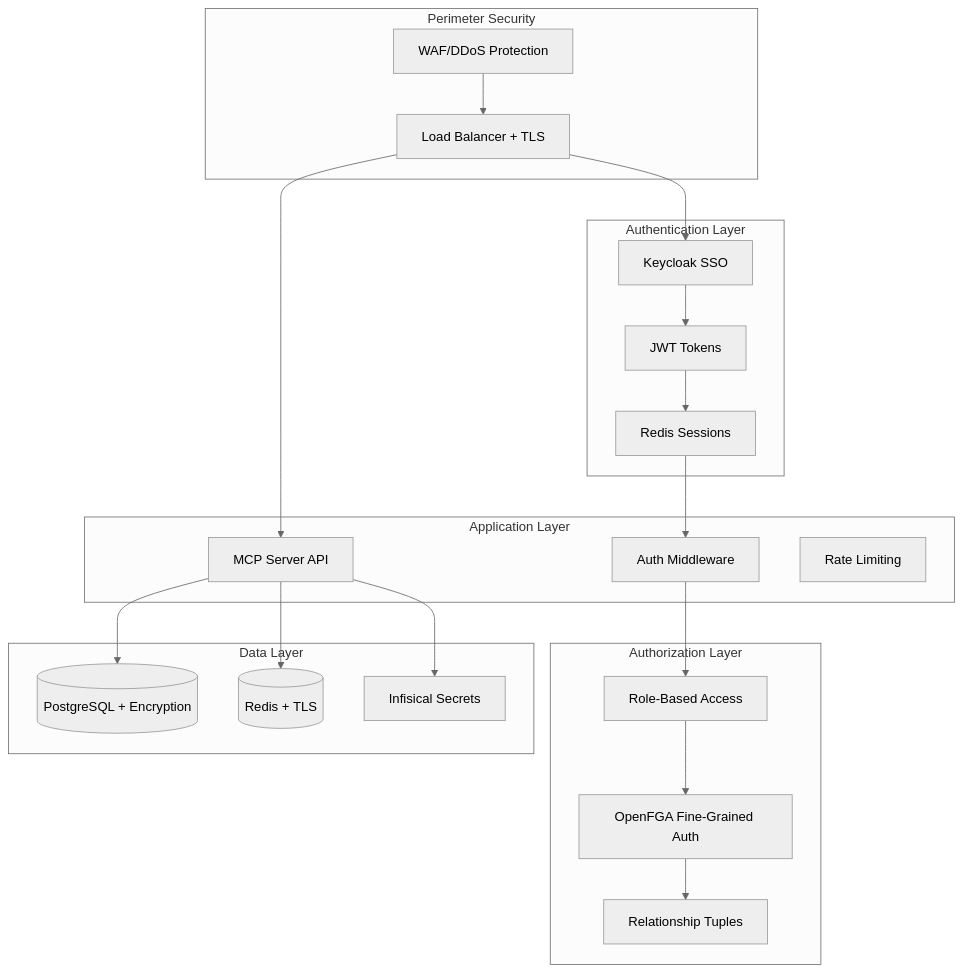
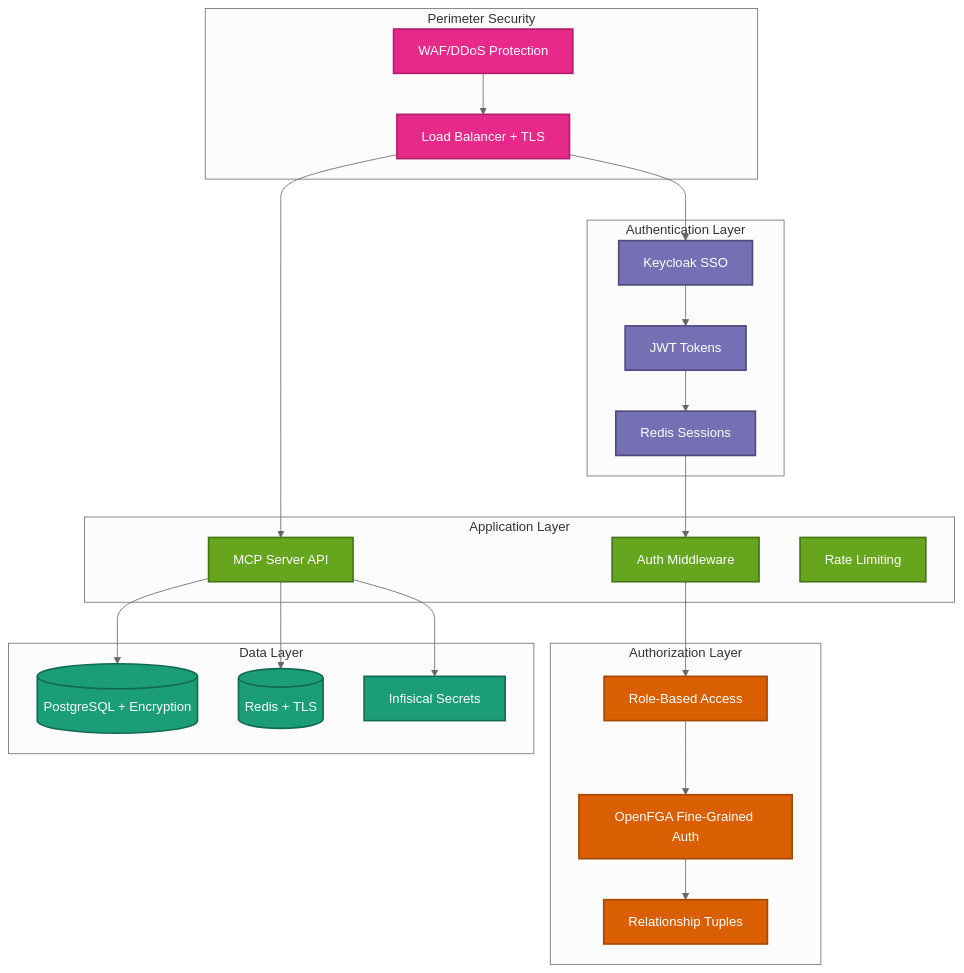
One commit to vishnu2kmohan/mcp-server-langgraph changed the diagram in docs/security/overview.mdx. Above: the diagram before and after it, drawn with Mermaid (neutral theme). The commit also changed 9 other files, not shown here.

First line of the commit message:
style: apply ColorBrewer2 Dark2 palette to all remaining diagrams

````diff
--- a/docs/security/overview.mdx
+++ b/docs/security/overview.mdx
@@ -17,44 +17,57 @@
 ```mermaid
 graph TB
-    subgraph "Perimeter Security"
+    subgraph Perimeter_Security["Perimeter Security"]
         WAF[WAF/DDoS Protection]
         LB[Load Balancer + TLS]
     end
 
-    subgraph "Authentication Layer"
+    subgraph Authentication_Layer["Authentication Layer"]
         KC[Keycloak SSO]
         JWT[JWT Tokens]
         Session[Redis Sessions]
     end
 
-    subgraph "Authorization Layer"
+    subgraph Authorization_Layer["Authorization Layer"]
         RBAC[Role-Based Access]
         FGA[OpenFGA Fine-Grained Auth]
         Tuples[Relationship Tuples]
     end
 
-    subgraph "Application Layer"
+    subgraph Application_Layer["Application Layer"]
         API[MCP Server API]
         Middleware[Auth Middleware]
         RateLimit[Rate Limiting]
     end
 
-    subgraph "Data Layer"
+    subgraph Data_Layer["Data Layer"]
         PG[(PostgreSQL + Encryption)]
         Redis[(Redis + TLS)]
         Secrets[Infisical Secrets]
     end
 
     WAF --> LB
     LB --> KC
     LB --> API
     KC --> JWT
     JWT --> Session
     Session --> Middleware
     Middleware --> RBAC
     RBAC --> FGA
     FGA --> Tuples
     API --> PG
     API --> Redis
     API --> Secrets
+
+    %% ColorBrewer2 Dark2 palette styling
+    classDef perimeterStyle fill:#e7298a,stroke:#b31e6d,stroke-width:2px,color:#fff
+    classDef authStyle fill:#7570b3,stroke:#4e4a7f,stroke-width:2px,color:#fff
+    classDef authzStyle fill:#d95f02,stroke:#a64801,stroke-width:2px,color:#fff
+    classDef appStyle fill:#66a61e,stroke:#477315,stroke-width:2px,color:#fff
+    classDef dataStyle fill:#1b9e77,stroke:#116b52,stroke-width:2px,color:#fff
+
+    class WAF,LB perimeterStyle
+    class KC,JWT,Session authStyle
+    class RBAC,FGA,Tuples authzStyle
+    class API,Middleware,RateLimit appStyle
+    class PG,Redis,Secrets dataStyle
 ```
````
